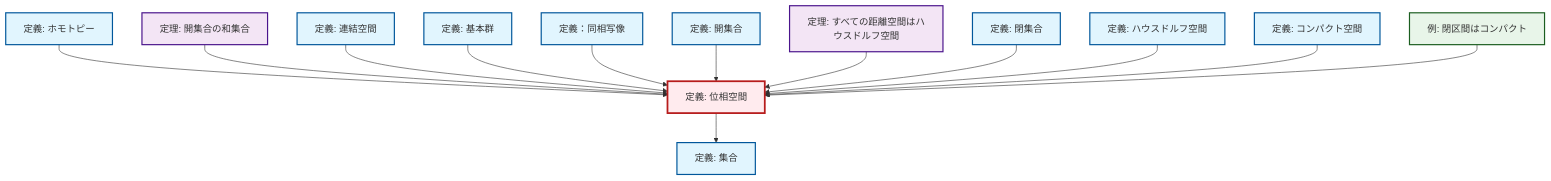
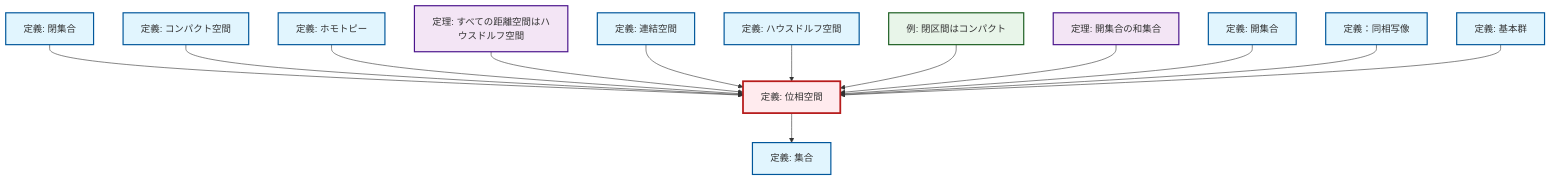
The diagram in content/ja/topology/def-topological-space.qmd (RK0429/ModernMath), drawn with Mermaid before and after one commit. The commit also changed other lines of this file and 1012 other files, not shown here.

````diff
--- a/content/ja/topology/def-topological-space.qmd
+++ b/content/ja/topology/def-topological-space.qmd
@@ -61,47 +61,47 @@
 ```{mermaid}
 %%| fig-cap: "Local dependency graph"
 graph TD
     classDef definition fill:#e1f5fe,stroke:#01579b,stroke-width:2px
     classDef theorem fill:#f3e5f5,stroke:#4a148c,stroke-width:2px
     classDef axiom fill:#fff3e0,stroke:#e65100,stroke-width:2px
     classDef example fill:#e8f5e9,stroke:#1b5e20,stroke-width:2px
     classDef current fill:#ffebee,stroke:#b71c1c,stroke-width:3px
+    def-fundamental-group["定義: 基本群"]:::definition
+    def-connected["定義: 連結空間"]:::definition
+    def-homotopy["定義: ホモトピー"]:::definition
+    def-open-set["定義: 開集合"]:::definition
+    def-set["定義: 集合"]:::definition
+    def-homeomorphism["定義：同相写像"]:::definition
     thm-metric-hausdorff["定理: すべての距離空間はハウスドルフ空間"]:::theorem
-    def-set["定義: 集合"]:::definition
-    def-fundamental-group["定義: 基本群"]:::definition
-    def-homeomorphism["定義：同相写像"]:::definition
-    def-connected["定義: 連結空間"]:::definition
-    def-hausdorff["定義: ハウスドルフ空間"]:::definition
-    def-homotopy["定義: ホモトピー"]:::definition
-    ex-closed-interval-compact["例: 閉区間はコンパクト"]:::example
     def-topological-space["定義: 位相空間"]:::definition
     thm-union-open-sets["定理: 開集合の和集合"]:::theorem
     def-closed-set["定義: 閉集合"]:::definition
-    def-open-set["定義: 開集合"]:::definition
+    def-hausdorff["定義: ハウスドルフ空間"]:::definition
+    ex-closed-interval-compact["例: 閉区間はコンパクト"]:::example
     def-compact["定義: コンパクト空間"]:::definition
+    def-closed-set --> def-topological-space
+    def-compact --> def-topological-space
     def-homotopy --> def-topological-space
+    thm-metric-hausdorff --> def-topological-space
+    def-connected --> def-topological-space
+    def-hausdorff --> def-topological-space
+    ex-closed-interval-compact --> def-topological-space
+    def-topological-space --> def-set
     thm-union-open-sets --> def-topological-space
-    def-connected --> def-topological-space
+    def-open-set --> def-topological-space
+    def-homeomorphism --> def-topological-space
     def-fundamental-group --> def-topological-space
-    def-homeomorphism --> def-topological-space
-    def-topological-space --> def-set
-    def-open-set --> def-topological-space
-    thm-metric-hausdorff --> def-topological-space
-    def-closed-set --> def-topological-space
-    def-hausdorff --> def-topological-space
-    def-compact --> def-topological-space
-    ex-closed-interval-compact --> def-topological-space
     class def-topological-space current
+    click def-fundamental-group "def-fundamental-group.html" "基本群の定義へ"
+    click def-connected "def-connected.html" "連結空間の定義へ"
+    click def-homotopy "def-homotopy.html" "ホモトピーの定義へ"
+    click def-open-set "def-open-set.html" "開集合の定義へ"
+    click def-set "def-set.html" "集合の定義へ"
+    click def-homeomorphism "def-homeomorphism.html" "定義：同相写像へ"
     click thm-metric-hausdorff "thm-metric-hausdorff.html" "すべての距離空間はハウスドルフ空間の定理へ"
-    click def-set "def-set.html" "集合の定義へ"
-    click def-fundamental-group "def-fundamental-group.html" "基本群の定義へ"
-    click def-homeomorphism "def-homeomorphism.html" "定義：同相写像へ"
-    click def-connected "def-connected.html" "連結空間の定義へ"
-    click def-hausdorff "def-hausdorff.html" "ハウスドルフ空間の定義へ"
-    click def-homotopy "def-homotopy.html" "ホモトピーの定義へ"
-    click ex-closed-interval-compact "ex-closed-interval-compact.html" "閉区間はコンパクトの例へ"
     click thm-union-open-sets "thm-union-open-sets.html" "開集合の和集合の定理へ"
     click def-closed-set "def-closed-set.html" "閉集合の定義へ"
-    click def-open-set "def-open-set.html" "開集合の定義へ"
+    click def-hausdorff "def-hausdorff.html" "ハウスドルフ空間の定義へ"
+    click ex-closed-interval-compact "ex-closed-interval-compact.html" "閉区間はコンパクトの例へ"
     click def-compact "def-compact.html" "コンパクト空間の定義へ"
 ```
````
